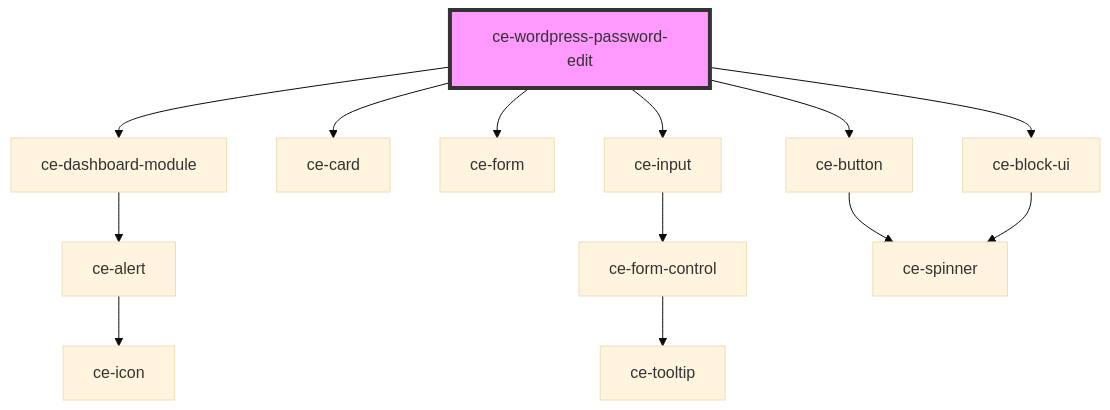
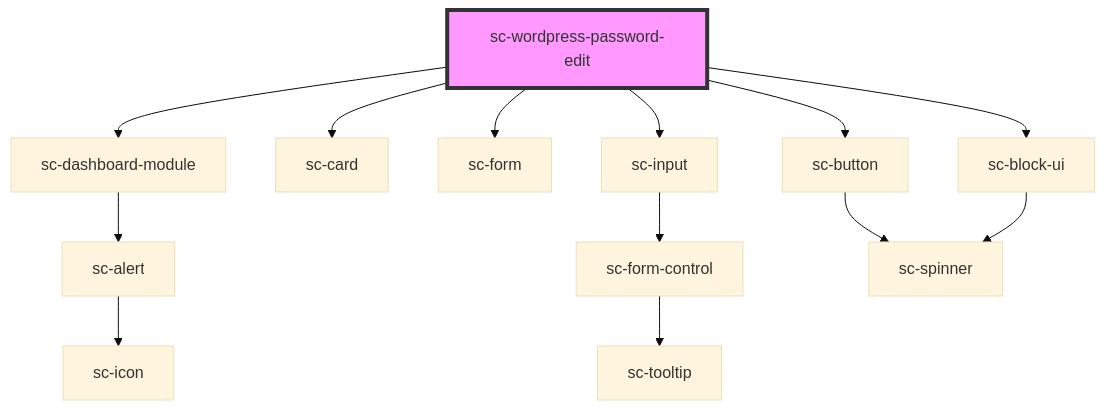
Before and after one commit to surecart/surecart-wp-plugin: the diagram in packages/components/src/components/controllers/dashboard/wordpress-password-edit/readme.md, drawn with Mermaid (base theme). The commit also changed other lines of this file and 1281 other files, not shown here.

````diff
--- a/packages/components/src/components/controllers/dashboard/wordpress-password-edit/readme.md
+++ b/packages/components/src/components/controllers/dashboard/wordpress-password-edit/readme.md
@@ -29,16 +29,16 @@
 ```mermaid
 graph TD;
-  ce-wordpress-password-edit --> ce-dashboard-module
-  ce-wordpress-password-edit --> ce-card
-  ce-wordpress-password-edit --> ce-form
-  ce-wordpress-password-edit --> ce-input
-  ce-wordpress-password-edit --> ce-button
-  ce-wordpress-password-edit --> ce-block-ui
-  ce-dashboard-module --> ce-alert
-  ce-alert --> ce-icon
-  ce-input --> ce-form-control
-  ce-form-control --> ce-tooltip
-  ce-button --> ce-spinner
-  ce-block-ui --> ce-spinner
-  style ce-wordpress-password-edit fill:#f9f,stroke:#333,stroke-width:4px
+  sc-wordpress-password-edit --> sc-dashboard-module
+  sc-wordpress-password-edit --> sc-card
+  sc-wordpress-password-edit --> sc-form
+  sc-wordpress-password-edit --> sc-input
+  sc-wordpress-password-edit --> sc-button
+  sc-wordpress-password-edit --> sc-block-ui
+  sc-dashboard-module --> sc-alert
+  sc-alert --> sc-icon
+  sc-input --> sc-form-control
+  sc-form-control --> sc-tooltip
+  sc-button --> sc-spinner
+  sc-block-ui --> sc-spinner
+  style sc-wordpress-password-edit fill:#f9f,stroke:#333,stroke-width:4px
 ```
````
